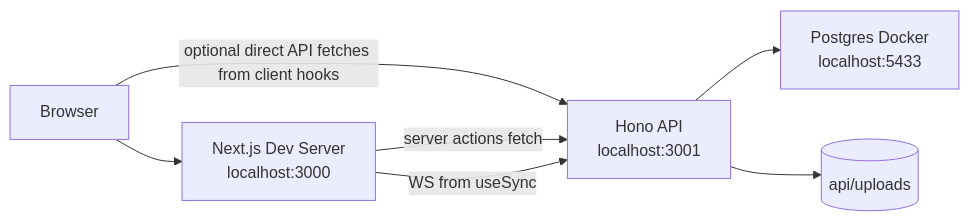
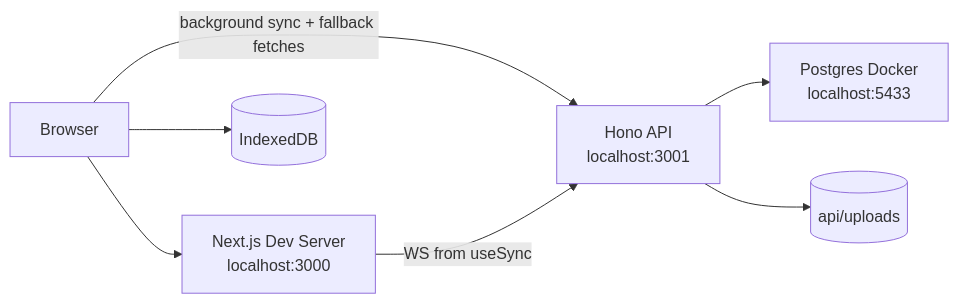
One commit to duongdk099/cluster-offline changed the third of 10 diagrams in architecture.md. Above: the diagram before and after it, drawn with Mermaid. The commit also changed other lines of this file and 22 other files, not shown here.

````diff
--- a/architecture.md
+++ b/architecture.md
@@ -45,14 +48,15 @@
 ```mermaid
 flowchart LR
     Browser[Browser]
     NextDev[Next.js Dev Server\nlocalhost:3000]
     ApiDev[Hono API\nlocalhost:3001]
     Db[Postgres Docker\nlocalhost:5433]
+    Idb[(IndexedDB)]
 
     Browser --> NextDev
-    Browser -->|optional direct API fetches from client hooks| ApiDev
-    NextDev -->|server actions fetch| ApiDev
+    Browser --> Idb
+    Browser -->|background sync + fallback fetches| ApiDev
     NextDev -->|WS from useSync| ApiDev
     ApiDev --> Db
     ApiDev --> UploadDisk[(api/uploads)]
 ```
````
